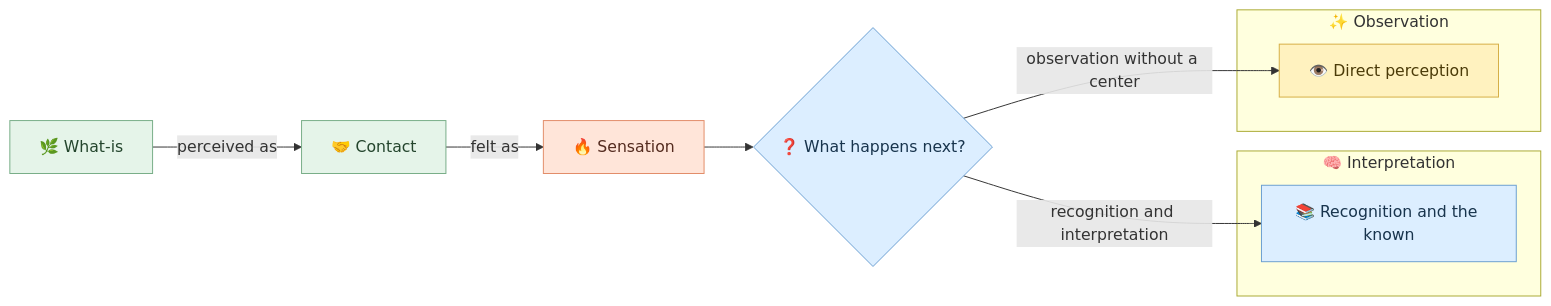
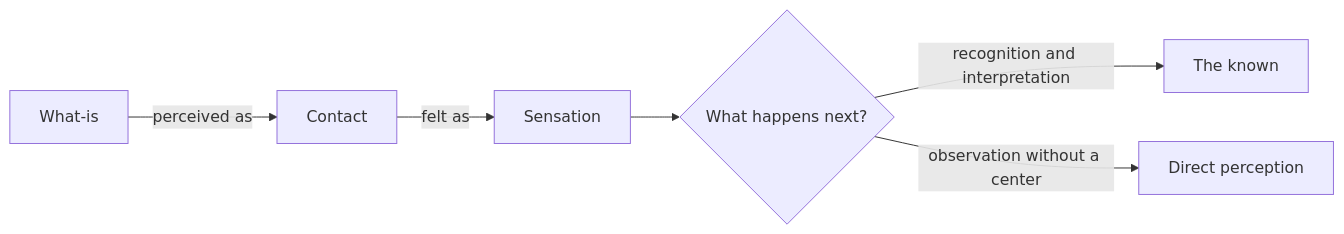
The second of 8 diagrams in _posts/2026-09-08-architecture-of-the-mind-krishnamurti.md (enogrob/enogrob.github.io), drawn with Mermaid before and after one commit. The commit also changed other lines of this file and 3 other files, not shown here.

````diff
--- a/_posts/2026-09-08-architecture-of-the-mind-krishnamurti.md
+++ b/_posts/2026-09-08-architecture-of-the-mind-krishnamurti.md
@@ -130,26 +63,8 @@
 ```mermaid!
 flowchart LR
-    W["🌿 What-is"] -->|perceived as| B["🤝 Contact"]
-    B -->|felt as| C["🔥 Sensation"]
-    C --> D{"❓ What happens next?"}
-
-    subgraph INTERPRETATION["🧠 Interpretation"]
-      E["📚 Recognition and the known"]
-    end
-
-    subgraph OBSERVATION["✨ Observation"]
-      F["👁️ Direct perception"]
-    end
-
-    D -->|recognition and interpretation| E
-    D -->|observation without a center| F
-
-    classDef fact fill:#e5f4e9,stroke:#77ad87,color:#24452d
-    classDef sensation fill:#ffe5d9,stroke:#e28c68,color:#542b1f
-    classDef known fill:#dceeff,stroke:#6b9fd1,color:#18344d
-    classDef awareness fill:#fff2bf,stroke:#d6ae45,color:#4b3b08
-    class W,B fact
-    class C sensation
-    class D,E known
-    class F awareness
+    A["What-is"] -->|perceived as| B["Contact"]
+    B -->|felt as| C["Sensation"]
+    C --> D{"What happens next?"}
+    D -->|recognition and interpretation| E["The known"]
+    D -->|observation without a center| F["Direct perception"]
 ```
````
